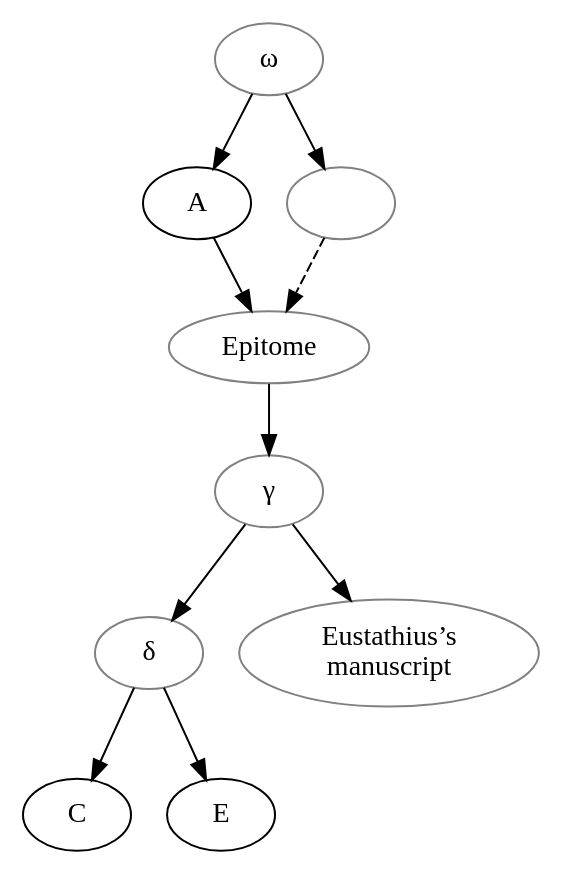
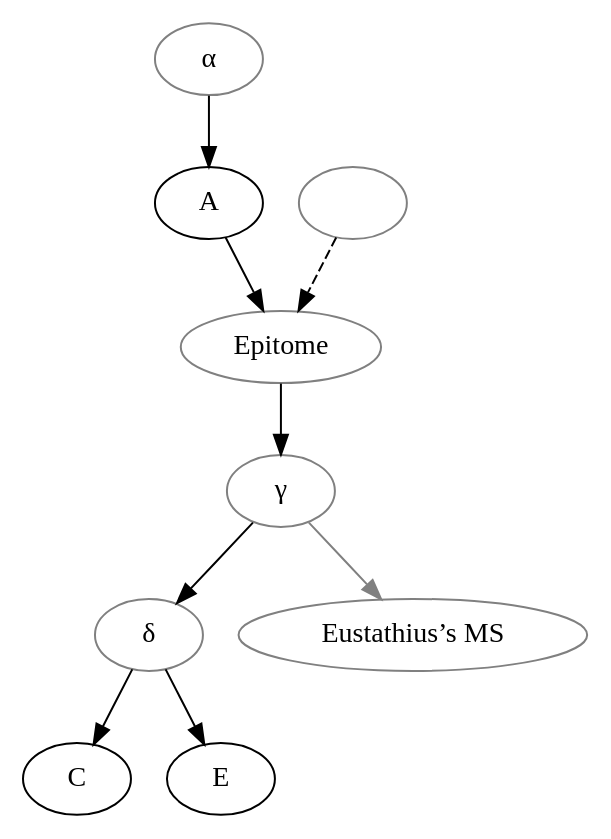
One commit to OpenStemmata/database changed the diagram in data/grc/Arnott_1996_Athenaeus/stemma.gv. Above: the diagram before and after it, drawn with Graphviz. The commit also changed 5 other files, not shown here.

```diff
--- a/data/grc/Arnott_1996_Athenaeus/stemma.gv
+++ b/data/grc/Arnott_1996_Athenaeus/stemma.gv
@@ -1,23 +1,23 @@
 # Athenaeus: Arnott 1996
-# Epitome derived from A, contamination from a sibling of A
+# Epitome derived from A, with contamination from another source
 
 digraph {
 
-    omega -> A;
-    omega -> sibling_of_A;
+    alpha -> A;
+    # alpha -> other_source; # no explicit statement from the editor on the relationship between the archetype alpha and this hypothetical source
     A -> epitome;
-    sibling_of_A -> epitome [style="dashed"]; # hypothetical ms. derived from the archetype, by definition
+    other_source -> epitome [style="dashed"]; # "and so it may be wiser to believe that [A] was the main but not the only source of Epit[ome]"
     epitome -> gamma;
     gamma -> delta;
     delta -> C;
     delta -> E;
-    gamma -> Eustathius_ms;
+    gamma -> Eustathius_ms [color="grey"];
 
-    omega [color="grey", label="ω"]; # Arnott names the archetype α
-    sibling_of_A [color="grey", label=""];
+    alpha [color="grey", label="α"];
+    other_source [color="grey", label=""];
     epitome [color="grey", label="Epitome"];
-    Eustathius_ms [color="grey", label="Eustathius’s\nmanuscript"];
+    Eustathius_ms [color="grey", label="Eustathius’s MS"]; # Eustathius’s manuscript source for the Epitome
     gamma [color="grey", label="γ"];
     delta [color="grey", label="δ"];
 
 }
```
